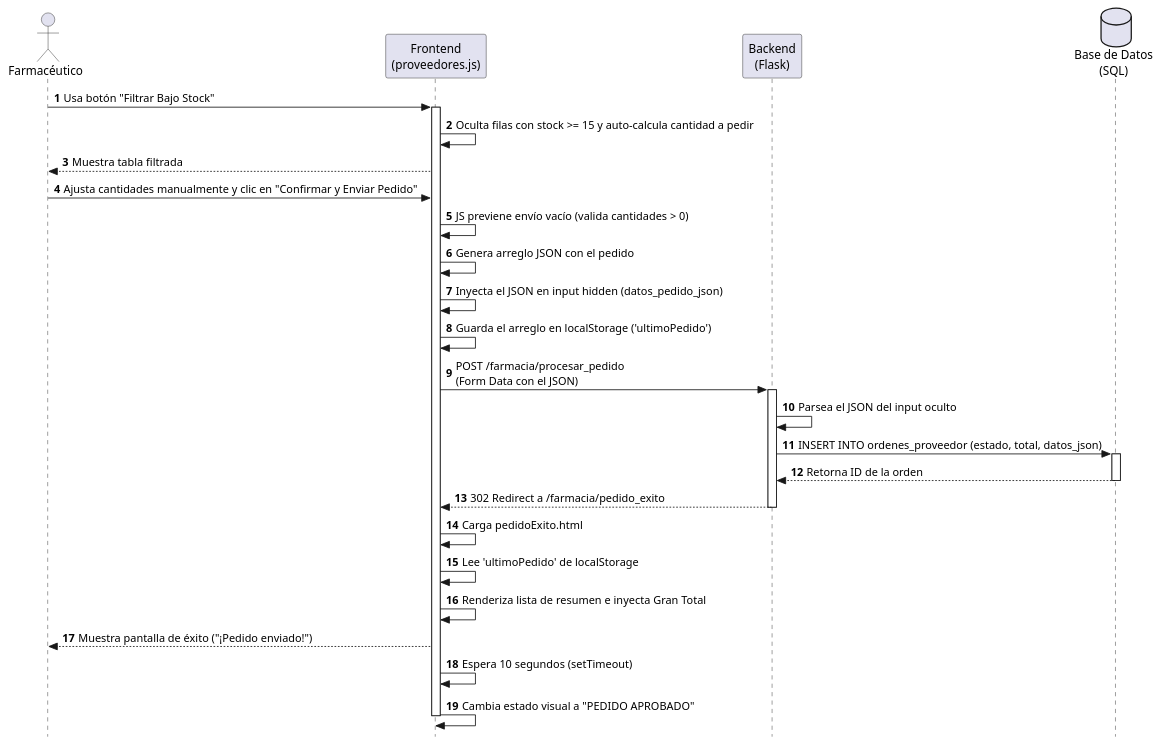
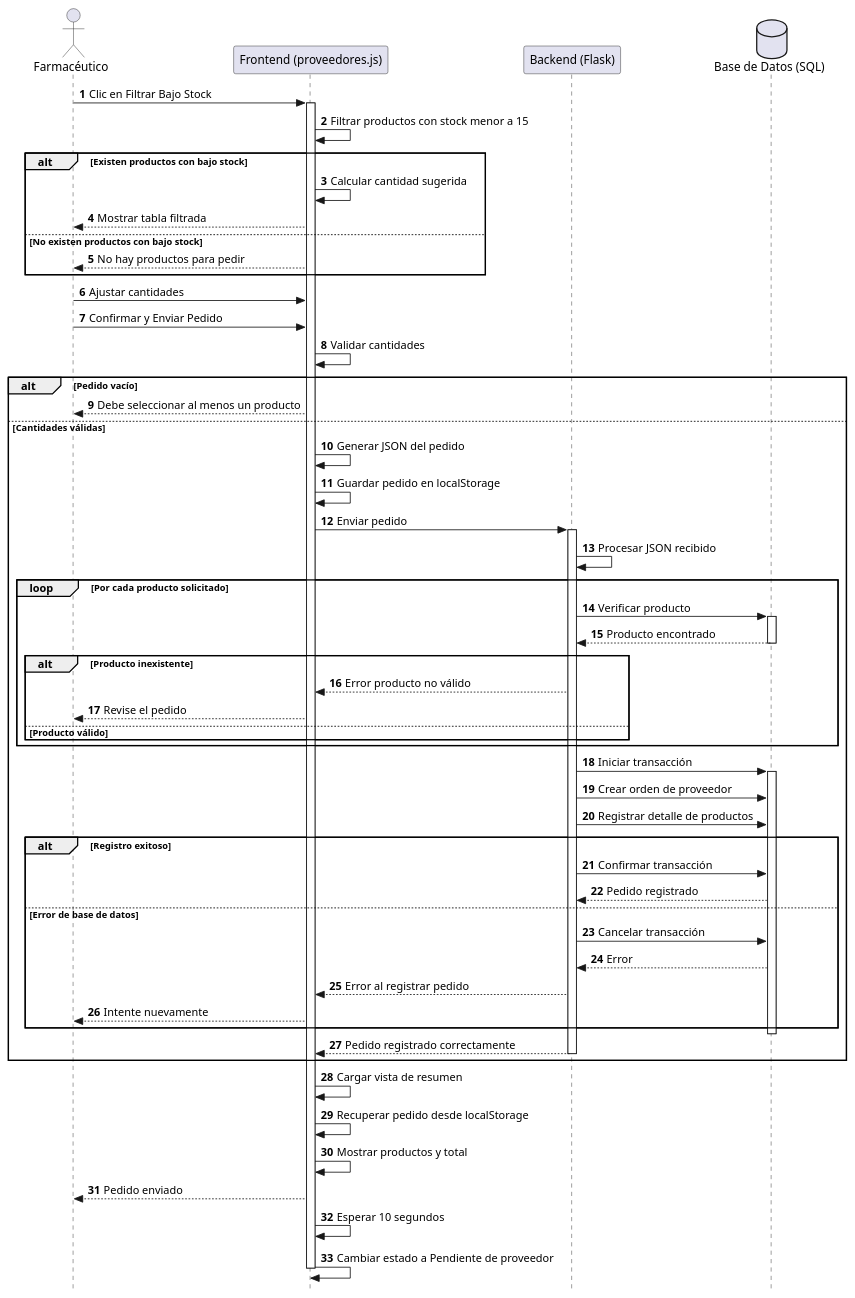
Before and after one commit to AlgorithmQuantum/Proyecto: the diagram in DiagramasSecuencia/Farmacia/provedores.puml, drawn with PlantUML. The commit also changed 11 other files, not shown here.

Commit message:
correciones del los diagramas

```diff
--- a/DiagramasSecuencia/Farmacia/provedores.puml
+++ b/DiagramasSecuencia/Farmacia/provedores.puml
@@ -1,48 +1,122 @@
 @startuml pedido_proveedores
+
 skinparam style strictuml
+
 autonumber
 
 actor Farmacéutico
-participant "Frontend\n(proveedores.js)" as UI
-participant "Backend\n(Flask)" as Flask
-database "Base de Datos\n(SQL)" as BD
+participant "Frontend (proveedores.js)" as UI
+participant "Backend (Flask)" as Flask
+database "Base de Datos (SQL)" as BD
 
-Farmacéutico -> UI: Usa botón "Filtrar Bajo Stock"
+Farmacéutico -> UI: Clic en Filtrar Bajo Stock
+
 activate UI
-UI -> UI: Oculta filas con stock >= 15 y auto-calcula cantidad a pedir
-UI --> Farmacéutico: Muestra tabla filtrada
 
-Farmacéutico -> UI: Ajusta cantidades manualmente y clic en "Confirmar y Enviar Pedido"
+UI -> UI: Filtrar productos con stock menor a 15
 
-' Lógica de intercepción de formulario
-UI -> UI: JS previene envío vacío (valida cantidades > 0)
-UI -> UI: Genera arreglo JSON con el pedido
-UI -> UI: Inyecta el JSON en input hidden (datos_pedido_json)
-UI -> UI: Guarda el arreglo en localStorage ('ultimoPedido')
+alt Existen productos con bajo stock
 
-' Envío real al servidor
-UI -> Flask: POST /farmacia/procesar_pedido\n(Form Data con el JSON)
-activate Flask
+    UI -> UI: Calcular cantidad sugerida
 
-Flask -> Flask: Parsea el JSON del input oculto
-Flask -> BD: INSERT INTO ordenes_proveedor (estado, total, datos_json)
-activate BD
-BD --> Flask: Retorna ID de la orden
-deactivate BD
+    UI --> Farmacéutico: Mostrar tabla filtrada
 
-' Redirección a pantalla de éxito
-Flask --> UI: 302 Redirect a /farmacia/pedido_exito
-deactivate Flask
+else No existen productos con bajo stock
 
-' Carga de la vista final
-UI -> UI: Carga pedidoExito.html
-UI -> UI: Lee 'ultimoPedido' de localStorage
-UI -> UI: Renderiza lista de resumen e inyecta Gran Total
-UI --> Farmacéutico: Muestra pantalla de éxito ("¡Pedido enviado!")
+    UI --> Farmacéutico: No hay productos para pedir
 
-' Animación final
-UI -> UI: Espera 10 segundos (setTimeout)
-UI -> UI: Cambia estado visual a "PEDIDO APROBADO"
+end
+
+Farmacéutico -> UI: Ajustar cantidades
+
+Farmacéutico -> UI: Confirmar y Enviar Pedido
+
+UI -> UI: Validar cantidades
+
+alt Pedido vacío
+
+    UI --> Farmacéutico: Debe seleccionar al menos un producto
+
+else Cantidades válidas
+
+    UI -> UI: Generar JSON del pedido
+
+    UI -> UI: Guardar pedido en localStorage
+
+    UI -> Flask: Enviar pedido
+
+    activate Flask
+
+    Flask -> Flask: Procesar JSON recibido
+
+    loop Por cada producto solicitado
+
+        Flask -> BD: Verificar producto
+
+        activate BD
+
+        BD --> Flask: Producto encontrado
+
+        deactivate BD
+
+        alt Producto inexistente
+
+            Flask --> UI: Error producto no válido
+
+            UI --> Farmacéutico: Revise el pedido
+
+        else Producto válido
+
+        end
+
+    end
+
+    Flask -> BD: Iniciar transacción
+
+    activate BD
+
+    Flask -> BD: Crear orden de proveedor
+
+    Flask -> BD: Registrar detalle de productos
+
+    alt Registro exitoso
+
+        Flask -> BD: Confirmar transacción
+
+        BD --> Flask: Pedido registrado
+
+    else Error de base de datos
+
+        Flask -> BD: Cancelar transacción
+
+        BD --> Flask: Error
+
+        Flask --> UI: Error al registrar pedido
+
+        UI --> Farmacéutico: Intente nuevamente
+
+    end
+
+    deactivate BD
+
+    Flask --> UI: Pedido registrado correctamente
+
+    deactivate Flask
+
+end
+
+UI -> UI: Cargar vista de resumen
+
+UI -> UI: Recuperar pedido desde localStorage
+
+UI -> UI: Mostrar productos y total
+
+UI --> Farmacéutico: Pedido enviado
+
+UI -> UI: Esperar 10 segundos
+
+UI -> UI: Cambiar estado a Pendiente de proveedor
+
 deactivate UI
 
 @enduml
```
